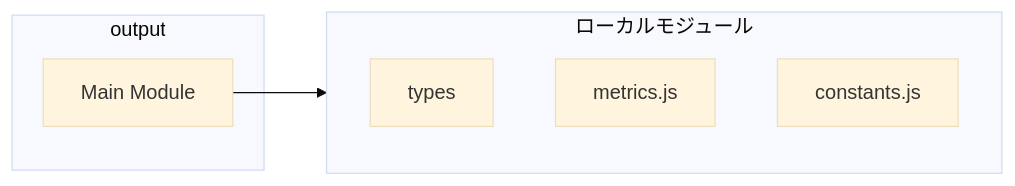
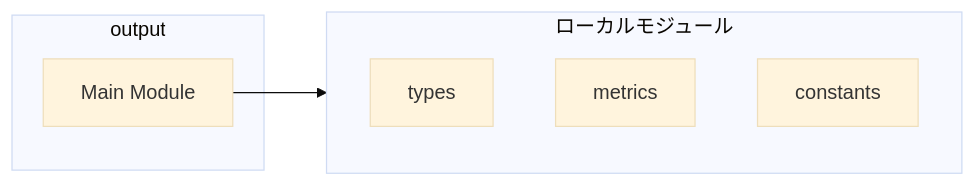
Before and after one commit to Mekann2904/mekann: the second of 4 diagrams in ABDD/.pi/extensions/search/utils/output.md, drawn with Mermaid (base theme). The commit also changed other lines of this file and 174 other files, not shown here.

First line of the commit message:
fix(docs): ABDDのMermaid図生成エラーを修正する

````diff
--- a/ABDD/.pi/extensions/search/utils/output.md
+++ b/ABDD/.pi/extensions/search/utils/output.md
@@ -86,12 +86,12 @@
 ```mermaid
 flowchart LR
   subgraph this[output]
     main[Main Module]
   end
   subgraph local[ローカルモジュール]
     types["types"]
-    metrics_js["metrics.js"]
-    constants_js["constants.js"]
+    metrics["metrics"]
+    constants["constants"]
   end
   main --> local
 ```
````
